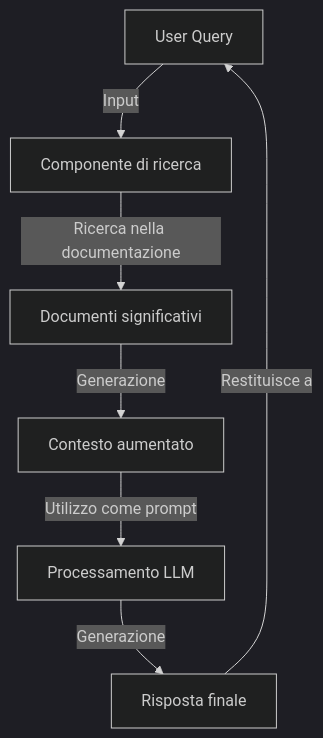
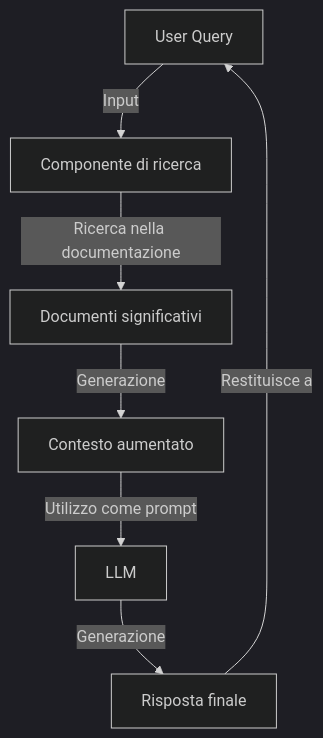
One commit to DanieleT07/ChatBotProjectEvaluation changed the diagram in docs/dictionary/rag.md. Above: the diagram before and after it, drawn with Mermaid (dark theme). The commit also changed 9 other files, not shown here.

````diff
--- a/docs/dictionary/rag.md
+++ b/docs/dictionary/rag.md
@@ -7,9 +7,9 @@
 ```mermaid
 graph TD;
     A[User Query] -->|Input| B[Componente di ricerca];
     B -->|Ricerca nella documentazione| C[Documenti significativi];
     C -->|Generazione| D[Contesto aumentato];
-    D -->|Utilizzo come prompt| E[Processamento LLM];
+    D -->|Utilizzo come prompt| E[LLM];
     E -->|Generazione| F[Risposta finale];
     F -->|Restituisce a| A;
 ```
````
